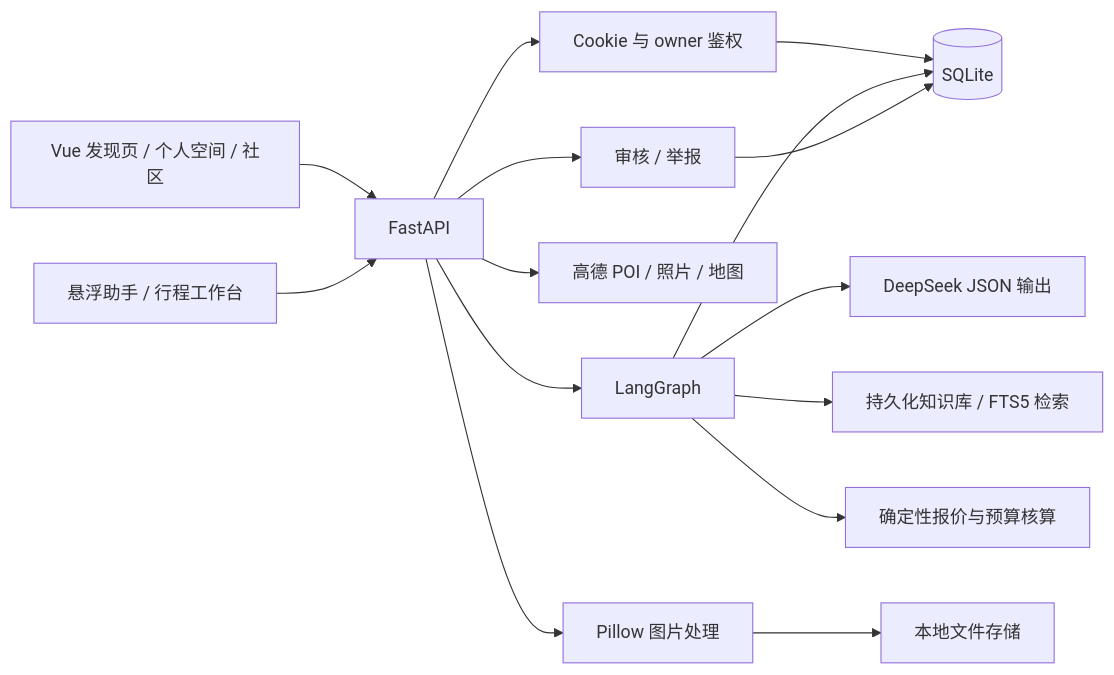
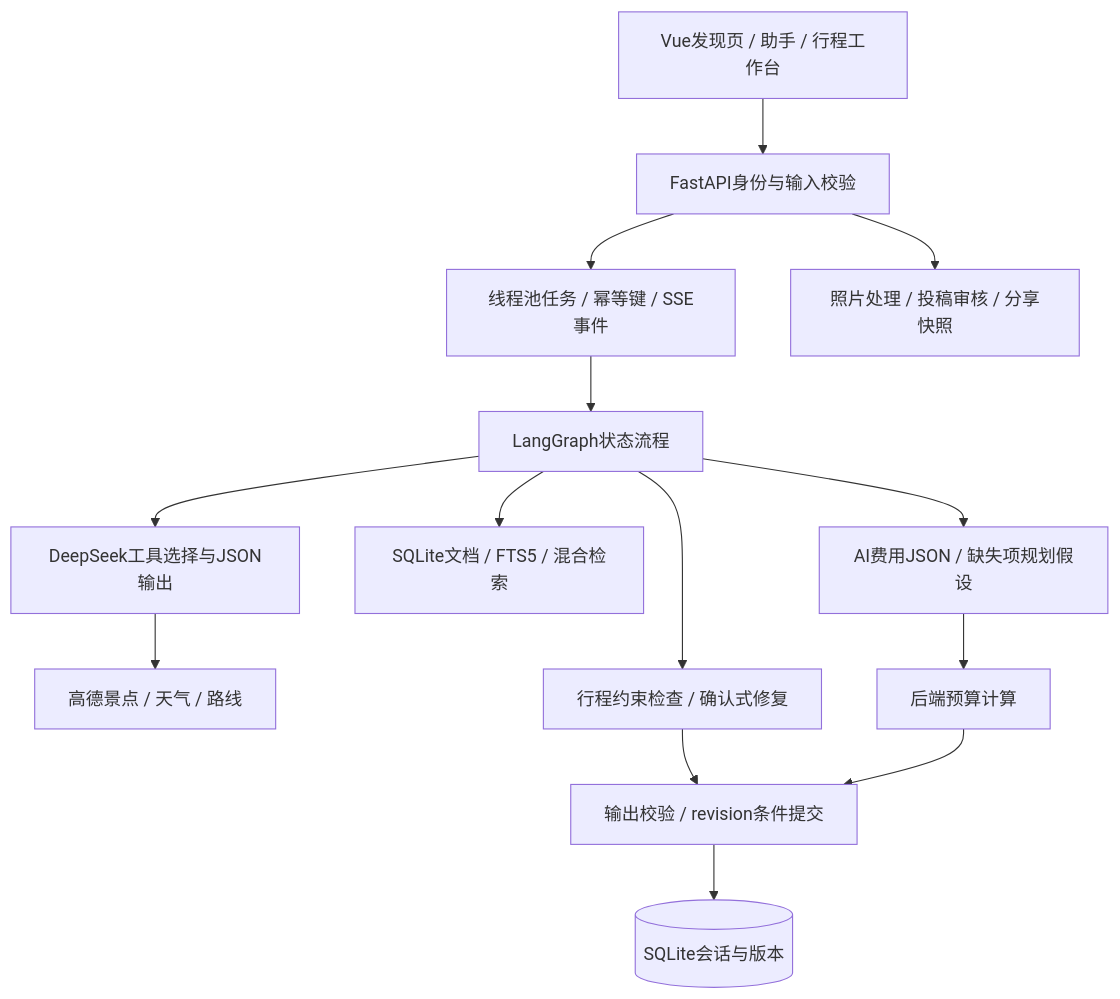
The diagram in README.md (xiaoyuer128/agent-travel-planner), drawn with Mermaid before and after one commit. The commit also changed other lines of this file and 15 other files, not shown here.

````diff
--- a/README.md
+++ b/README.md
@@ -200,17 +159,16 @@
 ```mermaid
-flowchart LR
-    UI[Vue 发现页 / 个人空间 / 社区] --> API[FastAPI]
-    CHAT[悬浮助手 / 行程工作台] --> API
-    API --> AUTH[Cookie 与 owner 鉴权]
-    API --> GRAPH[LangGraph]
-    GRAPH --> LLM[DeepSeek JSON 输出]
-    GRAPH --> RAG[持久化知识库 / FTS5 检索]
-    GRAPH --> COST[确定性报价与预算核算]
-    API --> AMAP[高德 POI / 照片 / 地图]
-    AUTH --> DB[(SQLite)]
-    GRAPH --> DB
-    API --> MEDIA[Pillow 图片处理]
-    MEDIA --> FILES[本地文件存储]
-    API --> REVIEW[审核 / 举报]
-    REVIEW --> DB
+flowchart TD
+    UI[Vue发现页 / 助手 / 行程工作台] --> API[FastAPI身份与输入校验]
+    API --> JOB[线程池任务 / 幂等键 / SSE事件]
+    JOB --> GRAPH[LangGraph状态流程]
+    GRAPH --> LLM[DeepSeek工具选择与JSON输出]
+    LLM --> TOOLS[高德景点 / 天气 / 路线]
+    GRAPH --> RAG[SQLite文档 / FTS5 / 混合检索]
+    GRAPH --> EST[AI费用JSON / 缺失项规划假设]
+    EST --> SUM[后端预算计算]
+    GRAPH --> CHECK[行程约束检查 / 确认式修复]
+    CHECK --> SAVE[输出校验 / revision条件提交]
+    SUM --> SAVE
+    SAVE --> DB[(SQLite会话与版本)]
+    API --> MEDIA[照片处理 / 投稿审核 / 分享快照]
 ```
````
